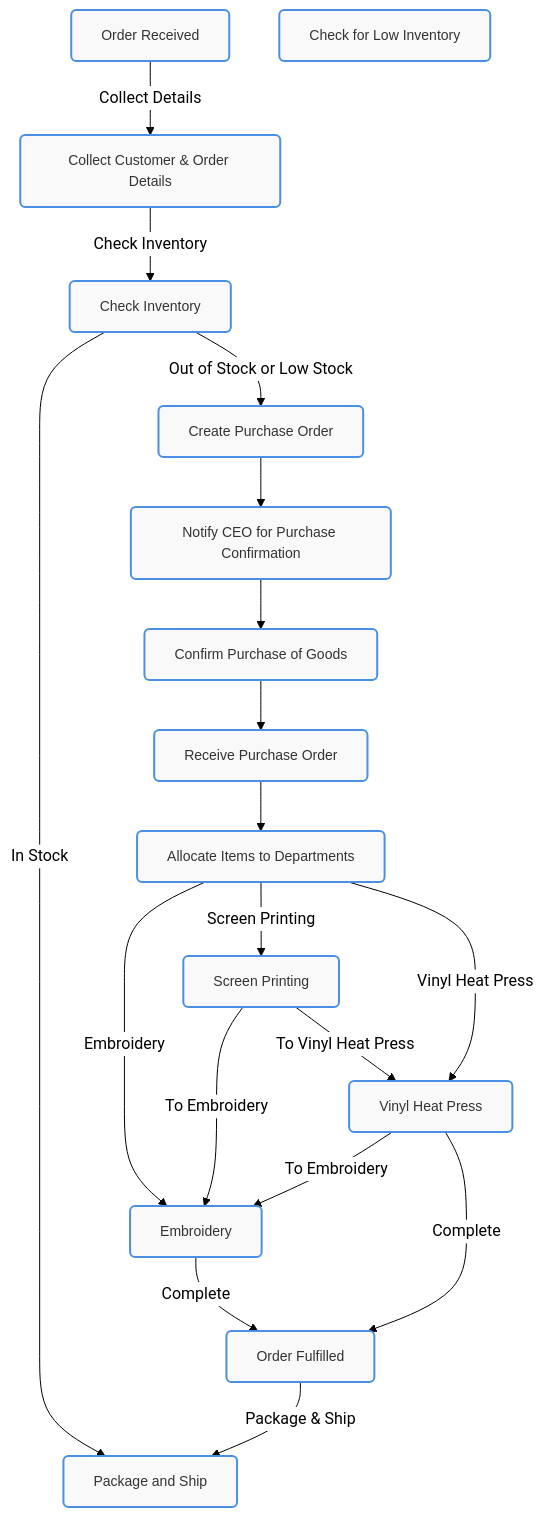
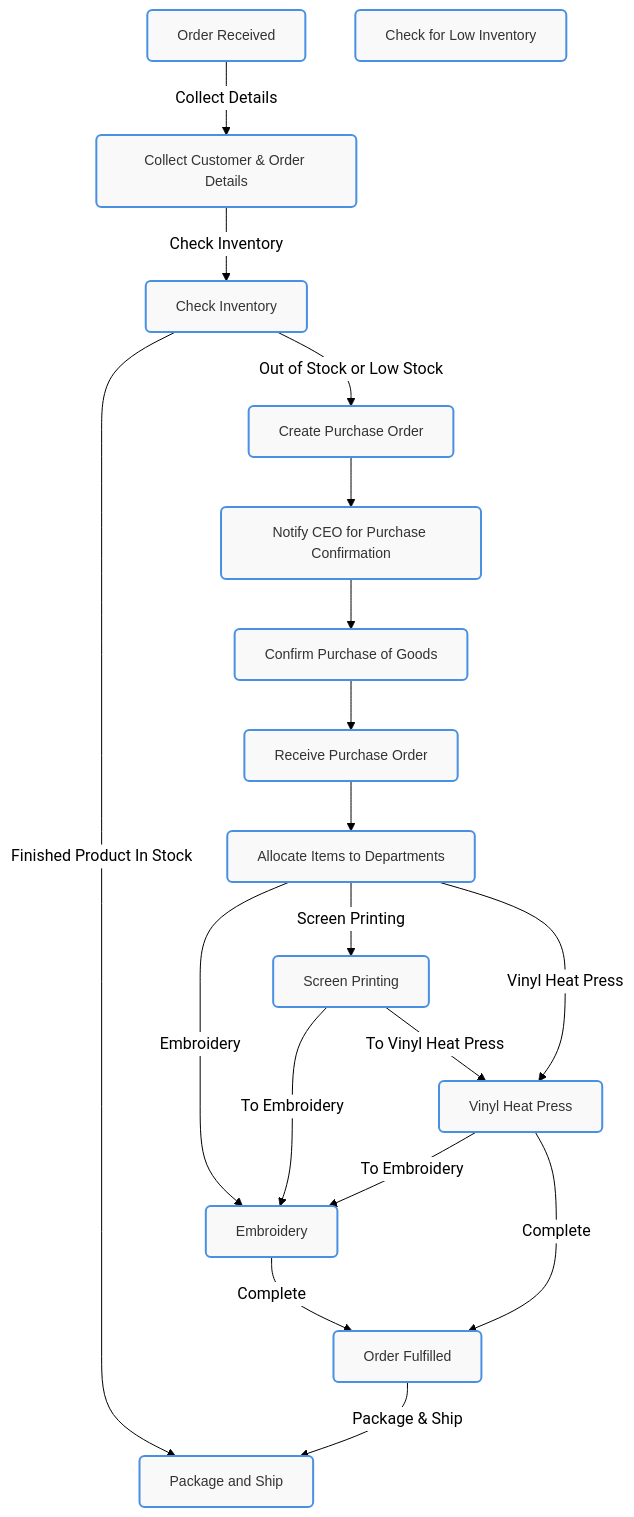
Before and after one commit to TyGrim13/4WinnerFlows: the seventh of 12 diagrams in README.md, drawn with Mermaid.

````diff
--- a/README.md
+++ b/README.md
@@ -411,42 +411,42 @@
 ```mermaid
 %%{init: {'theme': 'forest', 'themeVariables': { 'primaryColor': '#4a90e2', 'edgeLabelBackground': '#ffffff', 'tertiaryColor': '#f4f4f4', 'primaryBorderColor': '#333', 'primaryTextColor': '#333', 'fontFamily': 'Arial'}}}%%
 
 flowchart TD
   classDef default fill:#f9f9f9,stroke:#4a90e2,stroke-width:2px,color:#333,font-family:'Arial',font-size:14px,rx:5,ry:5;
 
   OrderReceived["Order Received"]
   CollectDetails["Collect Customer & Order Details"]
   CheckInventory["Check Inventory"]
   PackageShip["Package and Ship"]
   AllocateItems["Allocate Items to Departments"]
   Embroidery["Embroidery"]
   ScreenPrinting["Screen Printing"]
   VinylHeatPress["Vinyl Heat Press"]
   OrderFulfilled["Order Fulfilled"]
   CreatePO["Create Purchase Order"]
   ReceivePO["Receive Purchase Order"]
   CheckLowInventory["Check for Low Inventory"]
   NotifyCEO["Notify CEO for Purchase Confirmation"]
   ConfirmPurchase["Confirm Purchase of Goods"]
 
   OrderReceived -->|"Collect Details"| CollectDetails
   CollectDetails -->|"Check Inventory"| CheckInventory
-  CheckInventory -->|"In Stock"| PackageShip
+  CheckInventory -->|"Finished Product In Stock"| PackageShip
   CheckInventory -->|"Out of Stock or Low Stock"| CreatePO
   CreatePO --> NotifyCEO
   NotifyCEO --> ConfirmPurchase
   ConfirmPurchase --> ReceivePO
   ReceivePO --> AllocateItems
   AllocateItems -->|"Embroidery"| Embroidery
   AllocateItems -->|"Screen Printing"| ScreenPrinting
   AllocateItems -->|"Vinyl Heat Press"| VinylHeatPress
   Embroidery -->|"Complete"| OrderFulfilled
   ScreenPrinting -->|"To Embroidery"| Embroidery
   ScreenPrinting -->|"To Vinyl Heat Press"| VinylHeatPress
   VinylHeatPress -->|"To Embroidery"| Embroidery
   VinylHeatPress -->|"Complete"| OrderFulfilled
   OrderFulfilled -->|"Package & Ship"| PackageShip
 
   class OrderReceived,CollectDetails,CheckInventory,PackageShip,AllocateItems,Embroidery,ScreenPrinting,VinylHeatPress,OrderFulfilled,CreatePO,ReceivePO,CheckLowInventory,NotifyCEO,ConfirmPurchase default
 
 ```
````
